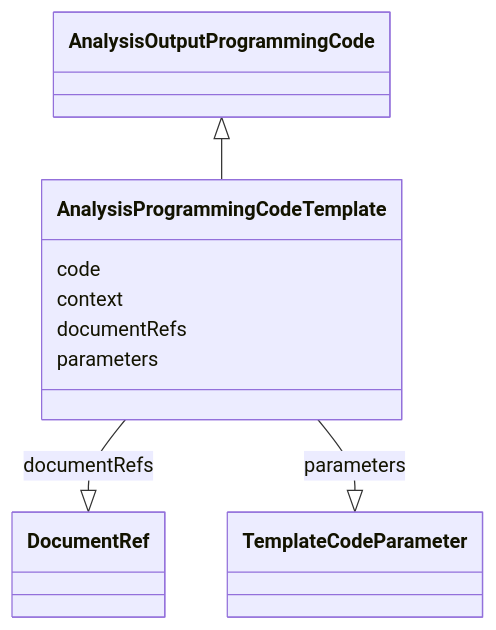
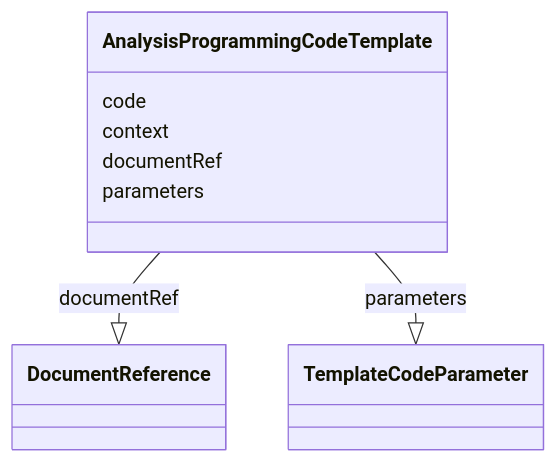
The diagram in project/docs/AnalysisProgrammingCodeTemplate.md (cdisc-org/analysis-results-standard), drawn with Mermaid before and after one commit. The commit also changed other lines of this file and 281 other files, not shown here.

````diff
--- a/project/docs/AnalysisProgrammingCodeTemplate.md
+++ b/project/docs/AnalysisProgrammingCodeTemplate.md
@@ -14,19 +14,17 @@
 ```mermaid
  classDiagram
     class AnalysisProgrammingCodeTemplate
-      AnalysisOutputProgrammingCode <|-- AnalysisProgrammingCodeTemplate
-      
       AnalysisProgrammingCodeTemplate : code
         
       AnalysisProgrammingCodeTemplate : context
         
-      AnalysisProgrammingCodeTemplate : documentRefs
+      AnalysisProgrammingCodeTemplate : documentRef
         
-          AnalysisProgrammingCodeTemplate --|> DocumentRef : documentRefs
+          AnalysisProgrammingCodeTemplate --|> DocumentReference : documentRef
         
       AnalysisProgrammingCodeTemplate : parameters
         
           AnalysisProgrammingCodeTemplate --|> TemplateCodeParameter : parameters
         
       
 ```
````
